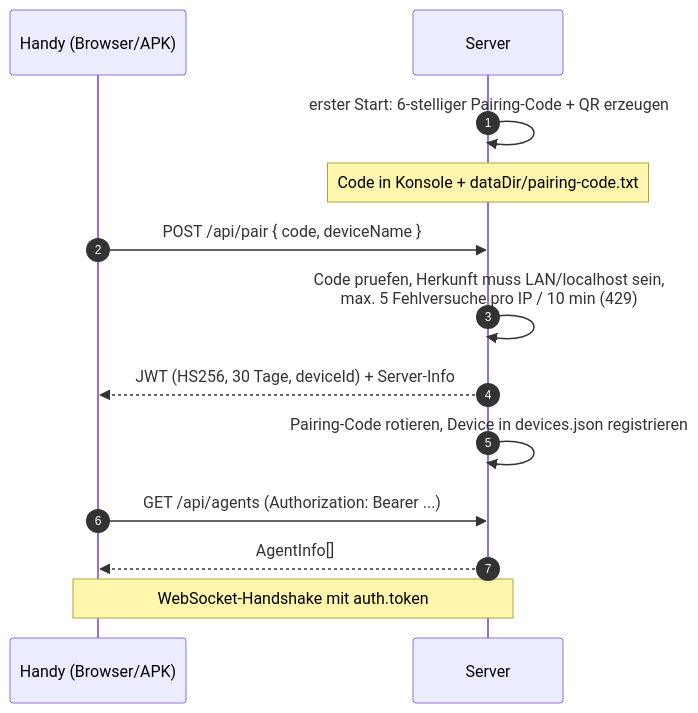
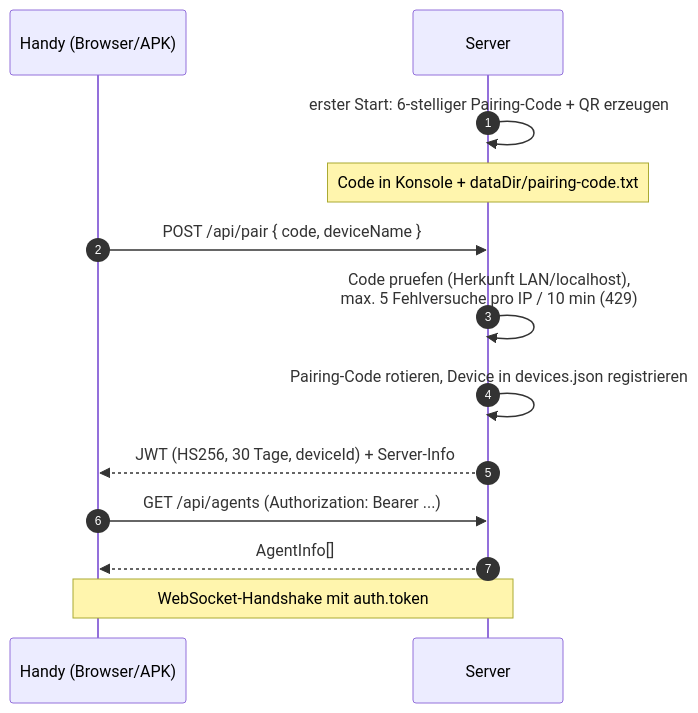
The diagram in docs/SECURITY.md (Ninjalama1337/agentdeck), drawn with Mermaid before and after one commit. The commit also changed other lines of this file and 20 other files, not shown here.

First line of the commit message:
Pairing: a new device can pair from outside the network once a paired device allows it; paired devices show the pairing code and can renew it

````diff
--- a/docs/SECURITY.md
+++ b/docs/SECURITY.md
@@ -32,16 +32,16 @@
 ```mermaid
 sequenceDiagram
     autonumber
     participant H as Handy (Browser/APK)
     participant S as Server
 
     S->>S: erster Start: 6-stelliger Pairing-Code + QR erzeugen
     Note over S: Code in Konsole + dataDir/pairing-code.txt
     H->>S: POST /api/pair { code, deviceName }
-    S->>S: Code pruefen, Herkunft muss LAN/localhost sein,<br/>max. 5 Fehlversuche pro IP / 10 min (429)
+    S->>S: Code pruefen (Herkunft LAN/localhost),<br/>max. 5 Fehlversuche pro IP / 10 min (429)
+    S->>S: Pairing-Code rotieren, Device in devices.json registrieren
     S-->>H: JWT (HS256, 30 Tage, deviceId) + Server-Info
-    S->>S: Pairing-Code rotieren, Device in devices.json registrieren
     H->>S: GET /api/agents (Authorization: Bearer ...)
     S-->>H: AgentInfo[]
     Note over H,S: WebSocket-Handshake mit auth.token
 ```
````
